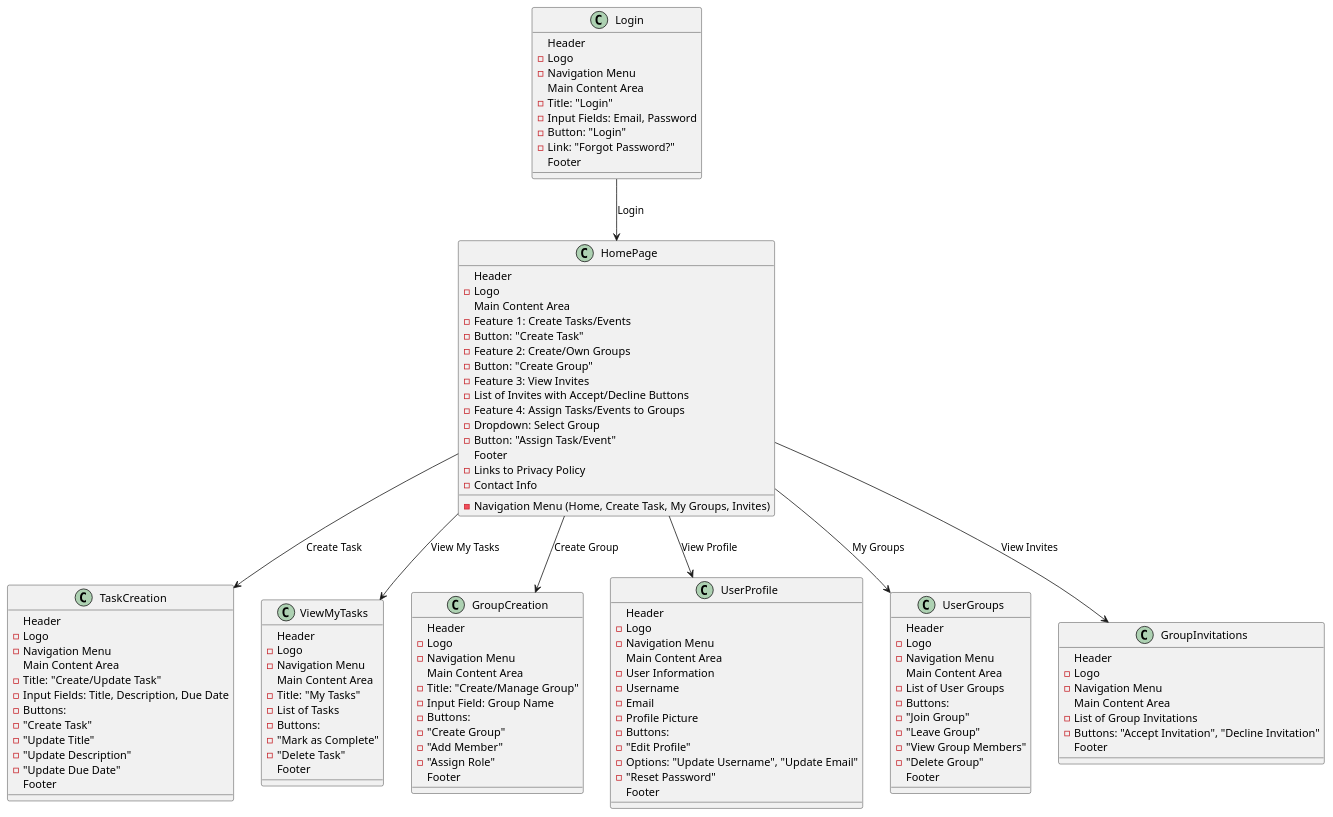
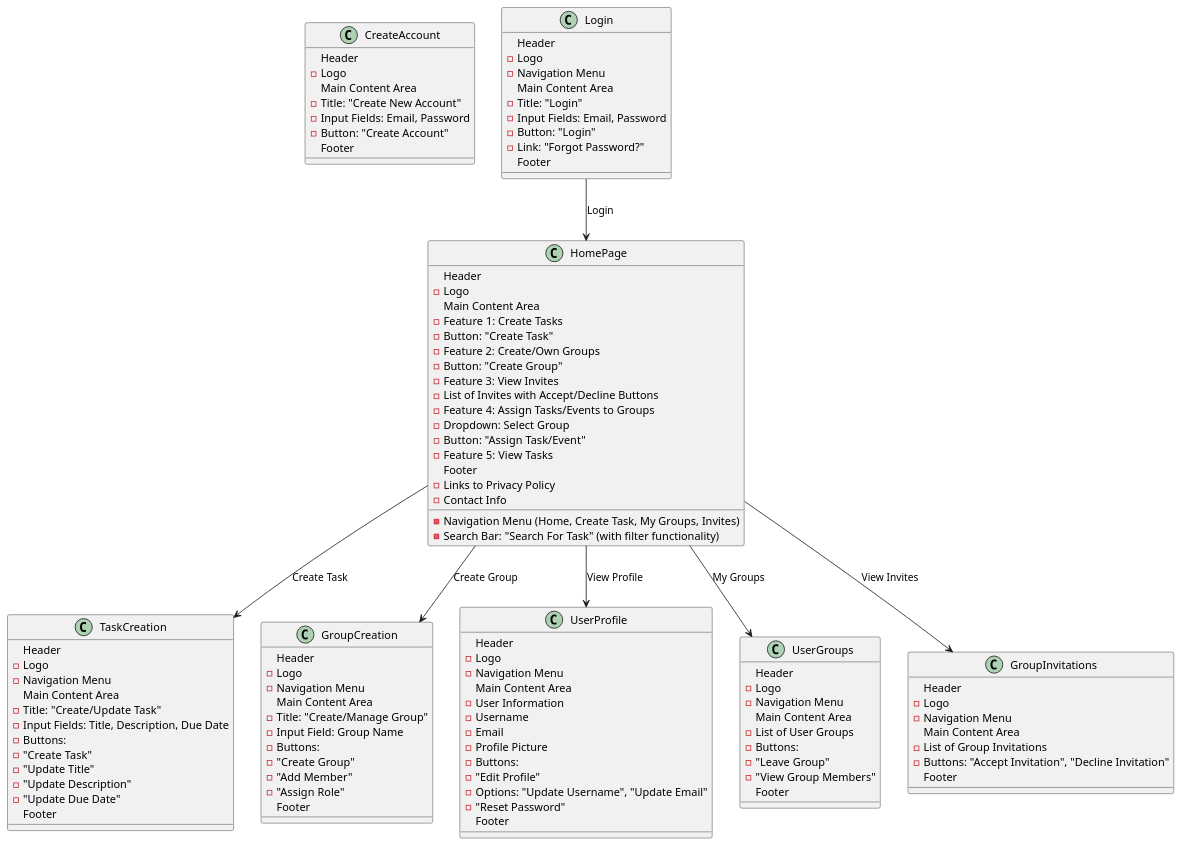
The diagram in documentation/Design_Implementation/user_interface.puml (OmerEgeOzyaba/CSCI3100-project), drawn with PlantUML before and after one commit.

```diff
--- a/documentation/Design_Implementation/user_interface.puml
+++ b/documentation/Design_Implementation/user_interface.puml
@@ -1,122 +1,118 @@
 @startuml
+class CreateAccount {
+  Header
+  - Logo
+  Main Content Area
+  - Title: "Create New Account"
+  - Input Fields: Email, Password
+  - Button: "Create Account"
+  Footer
+}
+
 class Login {
   Header
   - Logo
   - Navigation Menu
   Main Content Area
   - Title: "Login"
   - Input Fields: Email, Password
   - Button: "Login"
   - Link: "Forgot Password?"
   Footer
 }
 
 class HomePage {
   Header
   - Logo
   - Navigation Menu (Home, Create Task, My Groups, Invites)
   Main Content Area
-  - Feature 1: Create Tasks/Events
+  - Feature 1: Create Tasks
     - Button: "Create Task"
   - Feature 2: Create/Own Groups
     - Button: "Create Group"
   - Feature 3: View Invites
     - List of Invites with Accept/Decline Buttons
   - Feature 4: Assign Tasks/Events to Groups
     - Dropdown: Select Group
     - Button: "Assign Task/Event"
+  - Feature 5: View Tasks
+    - Search Bar: "Search For Task" (with filter functionality)
   Footer
   - Links to Privacy Policy
   - Contact Info
 }
 
 class TaskCreation {
   Header
   - Logo
   - Navigation Menu
   Main Content Area
   - Title: "Create/Update Task"
   - Input Fields: Title, Description, Due Date
   - Buttons:
     - "Create Task"
     - "Update Title"
     - "Update Description"
     - "Update Due Date"
-  Footer
-}
-
-class ViewMyTasks {
-  Header
-  - Logo
-  - Navigation Menu
-  Main Content Area
-  - Title: "My Tasks"
-  - List of Tasks
-  - Buttons:
-    - "Mark as Complete"
-    - "Delete Task"
   Footer
 }
 
 class GroupCreation {
   Header
   - Logo
   - Navigation Menu
   Main Content Area
   - Title: "Create/Manage Group"
   - Input Field: Group Name
   - Buttons:
     - "Create Group"
     - "Add Member"
     - "Assign Role"
   Footer
 }
 
 class UserProfile {
   Header
   - Logo
   - Navigation Menu
   Main Content Area
   - User Information
     - Username
     - Email
     - Profile Picture
   - Buttons:
     - "Edit Profile"
       - Options: "Update Username", "Update Email"
     - "Reset Password"
   Footer
 }
 
 class UserGroups {
   Header
   - Logo
   - Navigation Menu
   Main Content Area
   - List of User Groups
   - Buttons:
-    - "Join Group"
     - "Leave Group"
     - "View Group Members"
-    - "Delete Group"
   Footer
 }
 
 class GroupInvitations {
   Header
   - Logo
   - Navigation Menu
   Main Content Area
   - List of Group Invitations
     - Buttons: "Accept Invitation", "Decline Invitation"
   Footer
 }
 
 Login --> HomePage : "Login"
 HomePage --> TaskCreation : "Create Task"
-HomePage --> ViewMyTasks : "View My Tasks"
 HomePage --> GroupCreation : "Create Group"
 HomePage --> UserProfile : "View Profile"
 HomePage --> UserGroups : "My Groups"
 HomePage --> GroupInvitations : "View Invites"
 @enduml
```
